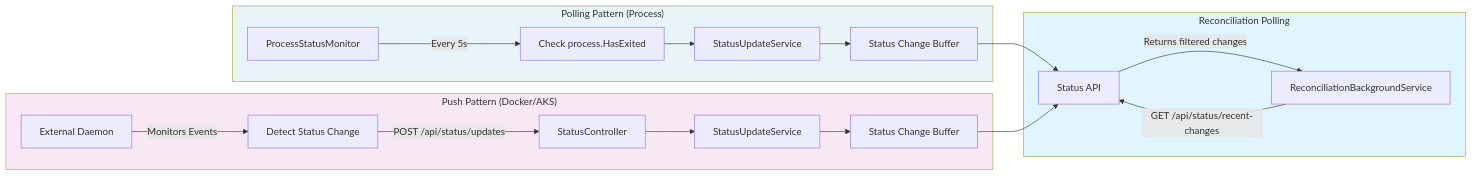
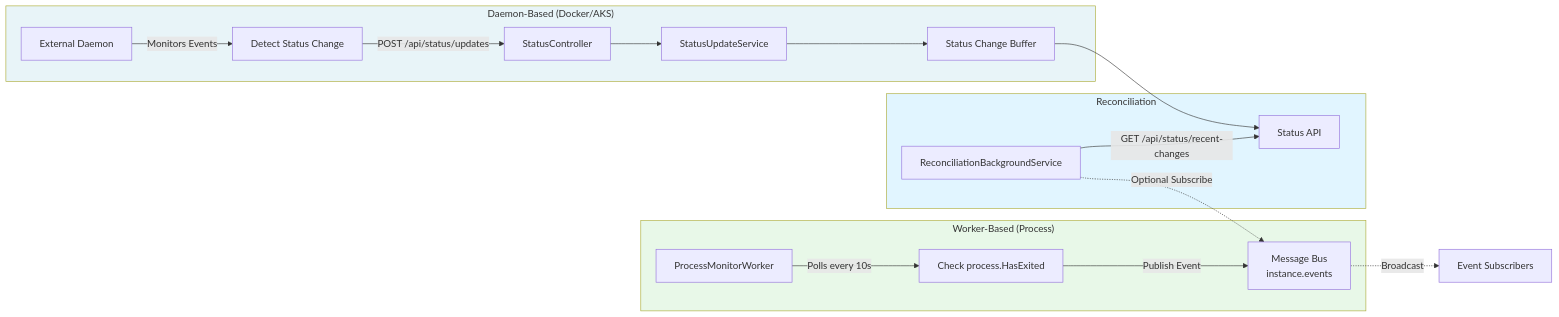
One commit to samirbanjanovic/draas changed the second of 3 diagrams in README.md. Above: the diagram before and after it, drawn with Mermaid. The commit also changed other lines of this file and 4 other files, not shown here.

First line of the commit message:
Refactor docs for distributed message bus architecture

````diff
--- a/README.md
+++ b/README.md
@@ -209,30 +265,29 @@
 ```mermaid
 graph LR
-    subgraph Polling["Polling Pattern (Process)"]
-        PM[ProcessStatusMonitor]
-        PM -->|Every 5s| Check[Check process.HasExited]
-        Check --> SUS1[StatusUpdateService]
-        SUS1 --> Buffer1[Status Change Buffer]
+    subgraph WorkerBased["Worker-Based (Process)"]
+        PMW[ProcessMonitorWorker]
+        PMW -->|Polls every 10s| Check[Check process.HasExited]
+        Check -->|Publish Event| MB1[Message Bus<br/>instance.events]
     end
 
-    subgraph Push["Push Pattern (Docker/AKS)"]
+    subgraph DaemonBased["Daemon-Based (Docker/AKS)"]
         Daemon[External Daemon]
         Daemon -->|Monitors Events| Detect[Detect Status Change]
         Detect -->|POST /api/status/updates| SC[StatusController]
-        SC --> SUS2[StatusUpdateService]
-        SUS2 --> Buffer2[Status Change Buffer]
+        SC --> SUS[StatusUpdateService]
+        SUS --> Buffer[Status Change Buffer]
     end
 
-    subgraph Reconciliation["Reconciliation Polling"]
+    subgraph Reconciliation["Reconciliation"]
         RecSvc[ReconciliationBackgroundService]
         RecSvc -->|GET /api/status/recent-changes| API[Status API]
-        API -->|Returns filtered changes| RecSvc
+        RecSvc -.->|Optional Subscribe| MB1
     end
 
-    Buffer1 --> API
-    Buffer2 --> API
+    MB1 -.->|Broadcast| Subscribers[Event Subscribers]
+    Buffer --> API
 
-    style Polling fill:#e8f4f8
-    style Push fill:#f8e8f4
+    style WorkerBased fill:#e8f8e8
+    style DaemonBased fill:#e8f4f8
     style Reconciliation fill:#e1f5ff
 ```
````
